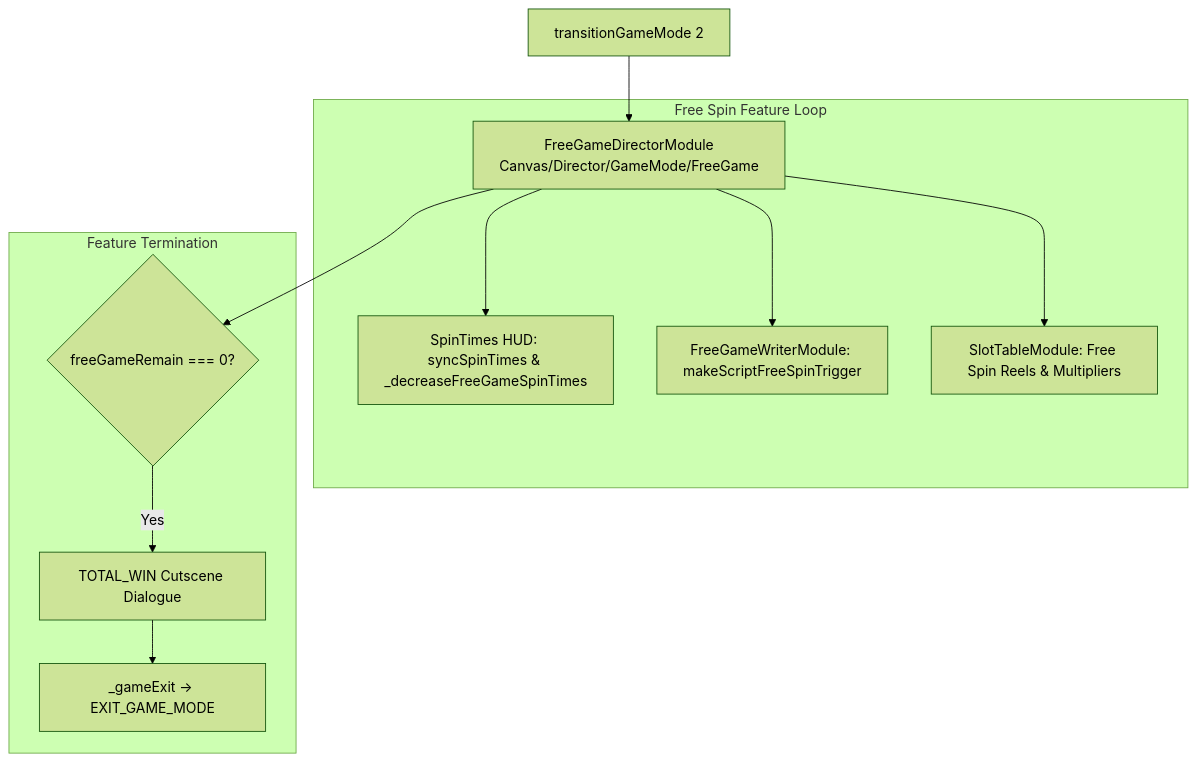
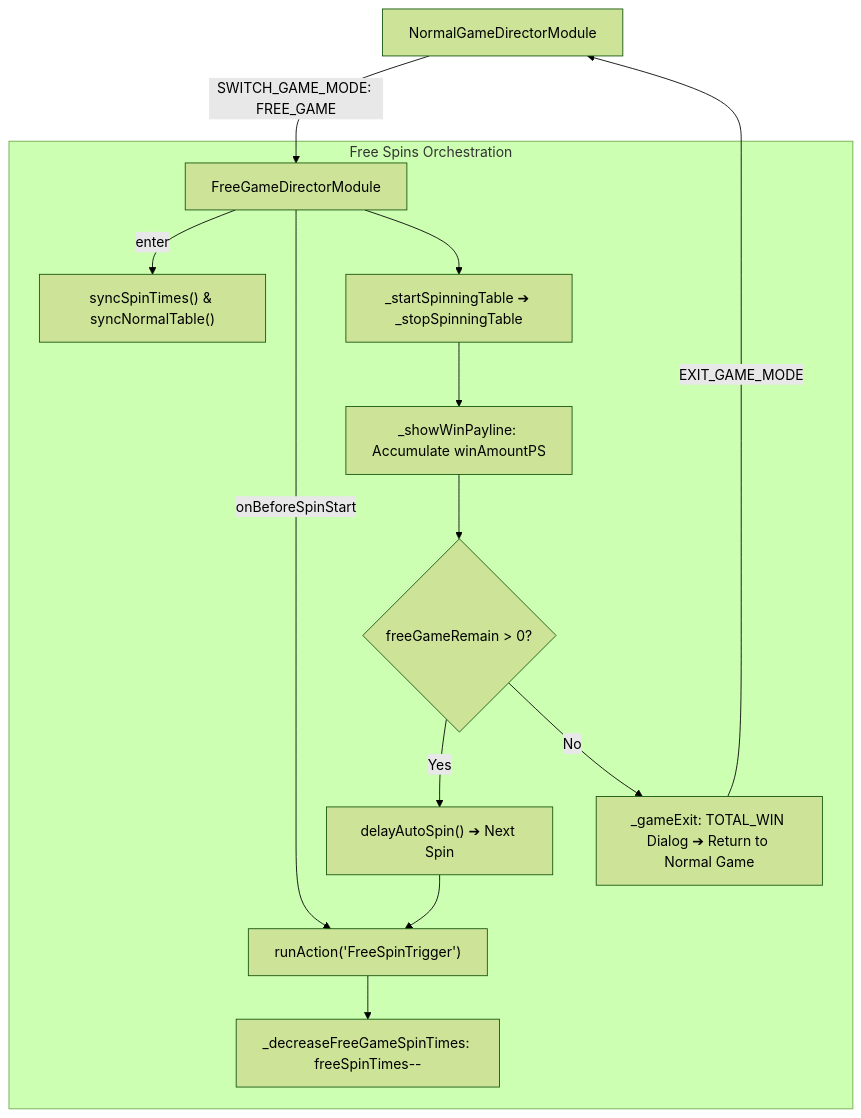
The diagram in docs/cc_slot_module/modules/FreeGameDirectorModule/01_overview/01_architecture_and_role.md (lam-ark/mcp-fwcc), drawn with Mermaid (forest theme) before and after one commit. The commit also changed other lines of this file and 31 other files, not shown here.

Commit message:
docs: complete comprehensive specifications for FreeGameDirectorModule across all 9 convention folders

````diff
--- a/docs/cc_slot_module/modules/FreeGameDirectorModule/01_overview/01_architecture_and_role.md
+++ b/docs/cc_slot_module/modules/FreeGameDirectorModule/01_overview/01_architecture_and_role.md
@@ -16,16 +22,20 @@
 ```mermaid
 graph TD
-    Enter[transitionGameMode 2] --> FDir[FreeGameDirectorModule<br/>Canvas/Director/GameMode/FreeGame]
+    NormalDir[NormalGameDirectorModule] -->|SWITCH_GAME_MODE: FREE_GAME| FreeDir[FreeGameDirectorModule]
     
-    subgraph Free Spin Feature Loop
-        FDir --> Count[SpinTimes HUD: syncSpinTimes & _decreaseFreeGameSpinTimes]
-        FDir --> Writer[FreeGameWriterModule: makeScriptFreeSpinTrigger]
-        FDir --> Table[SlotTableModule: Free Spin Reels & Multipliers]
+    subgraph Free Spins Orchestration
+        FreeDir -->|enter| Sync["syncSpinTimes() & syncNormalTable()"]
+        FreeDir -->|onBeforeSpinStart| SpinTrigger["runAction('FreeSpinTrigger')"]
+        SpinTrigger --> Decrement["_decreaseFreeGameSpinTimes: freeSpinTimes--"]
+        
+        FreeDir --> SpinTable["_startSpinningTable ➔ _stopSpinningTable"]
+        SpinTable --> WinEval["_showWinPayline: Accumulate winAmountPS"]
+        
+        WinEval --> CheckRemain{freeGameRemain > 0?}
+        CheckRemain -->|Yes| NextAutoSpin["delayAutoSpin() ➔ Next Spin"]
+        CheckRemain -->|No| Exit["_gameExit: TOTAL_WIN Dialog ➔ Return to Normal Game"]
     end
 
-    subgraph Feature Termination
-        FDir --> Check{freeGameRemain === 0?}
-        Check -->|Yes| TotalWin[TOTAL_WIN Cutscene Dialogue]
-        TotalWin --> Exit[_gameExit -> EXIT_GAME_MODE]
-    end
+    NextAutoSpin --> SpinTrigger
+    Exit -->|EXIT_GAME_MODE| NormalDir
 ```
````
